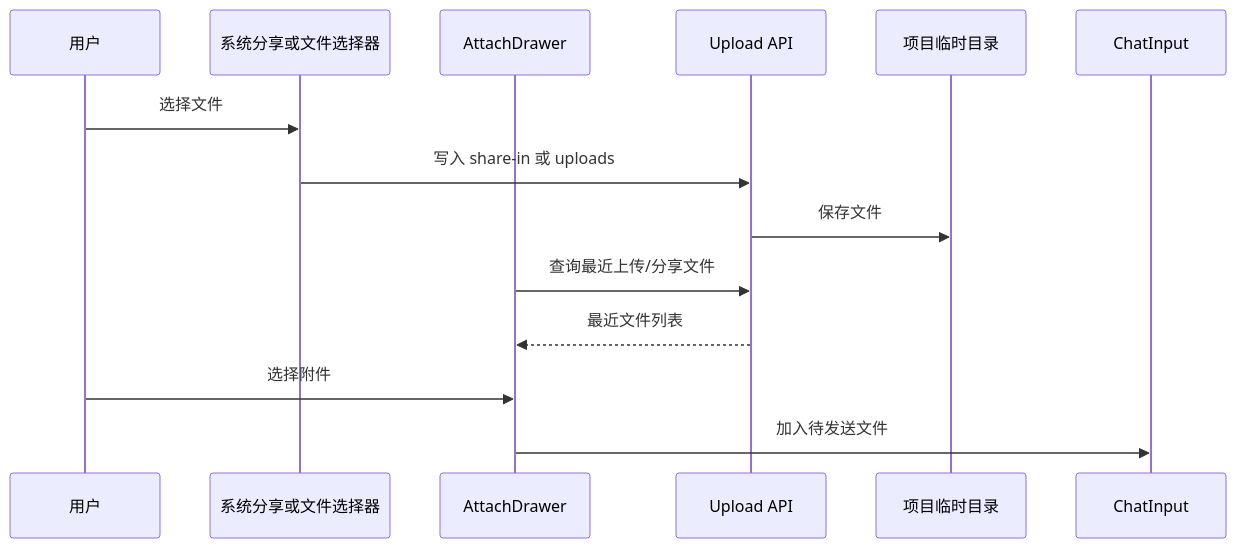
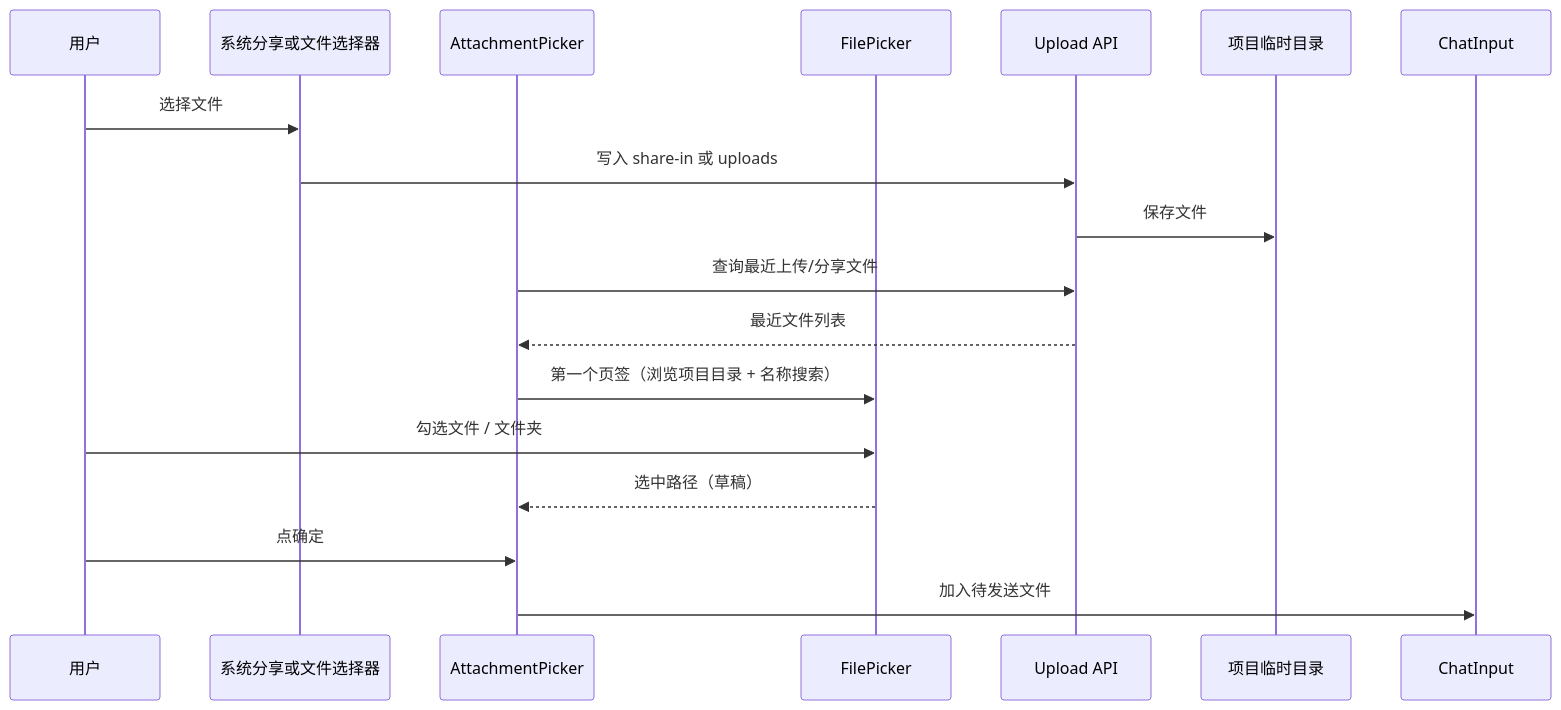
Before and after one commit to clawbench-dev/clawbench: the diagram in docs/spec/features/attachments-and-share.md, drawn with Mermaid. The commit also changed other lines of this file and 20 other files, not shown here.

````diff
--- a/docs/spec/features/attachments-and-share.md
+++ b/docs/spec/features/attachments-and-share.md
@@ -9,17 +9,21 @@
 ```mermaid
 sequenceDiagram
     participant 用户
     participant 系统分享或文件选择器
-    participant AttachDrawer
+    participant AttachmentPicker
+    participant FilePicker
     participant Upload API
     participant 项目临时目录
     participant ChatInput
 
     用户->>系统分享或文件选择器: 选择文件
     系统分享或文件选择器->>Upload API: 写入 share-in 或 uploads
     Upload API->>项目临时目录: 保存文件
-    AttachDrawer->>Upload API: 查询最近上传/分享文件
-    Upload API-->>AttachDrawer: 最近文件列表
-    用户->>AttachDrawer: 选择附件
-    AttachDrawer->>ChatInput: 加入待发送文件
+    AttachmentPicker->>Upload API: 查询最近上传/分享文件
+    Upload API-->>AttachmentPicker: 最近文件列表
+    AttachmentPicker->>FilePicker: 第一个页签（浏览项目目录 + 名称搜索）
+    用户->>FilePicker: 勾选文件 / 文件夹
+    FilePicker-->>AttachmentPicker: 选中路径（草稿）
+    用户->>AttachmentPicker: 点确定
+    AttachmentPicker->>ChatInput: 加入待发送文件
 ```
````
